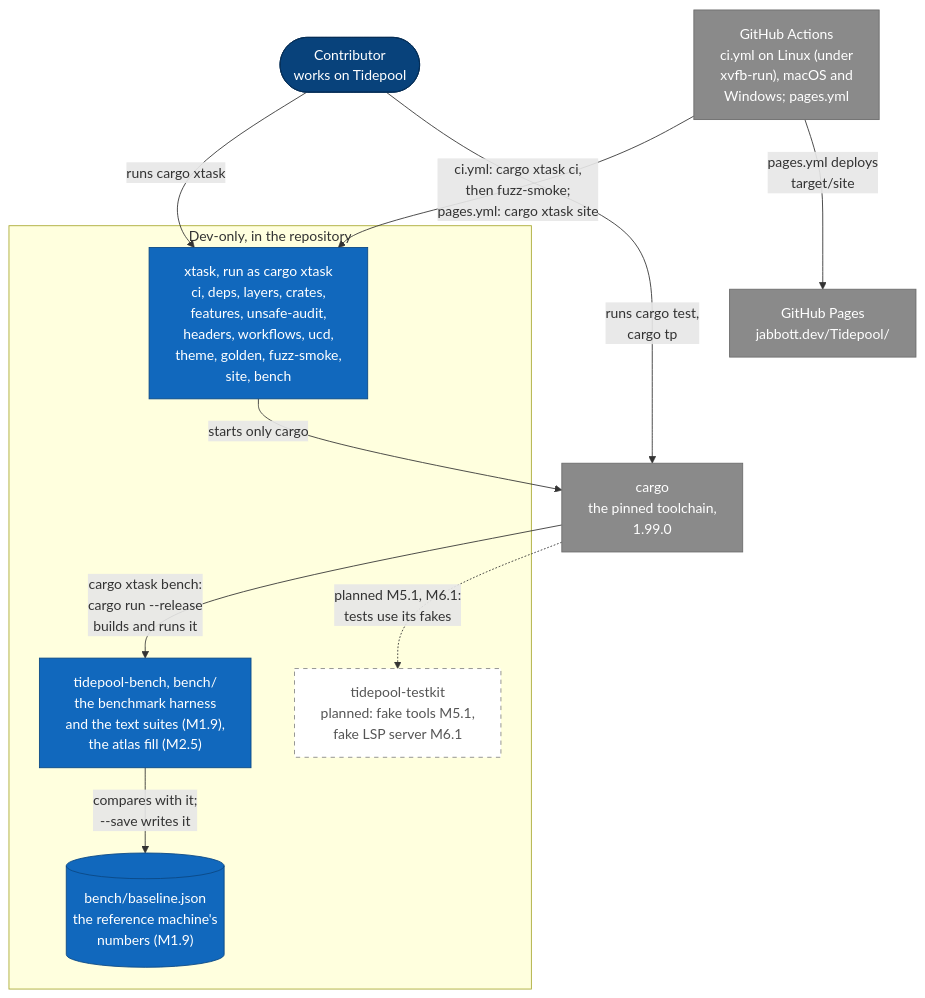
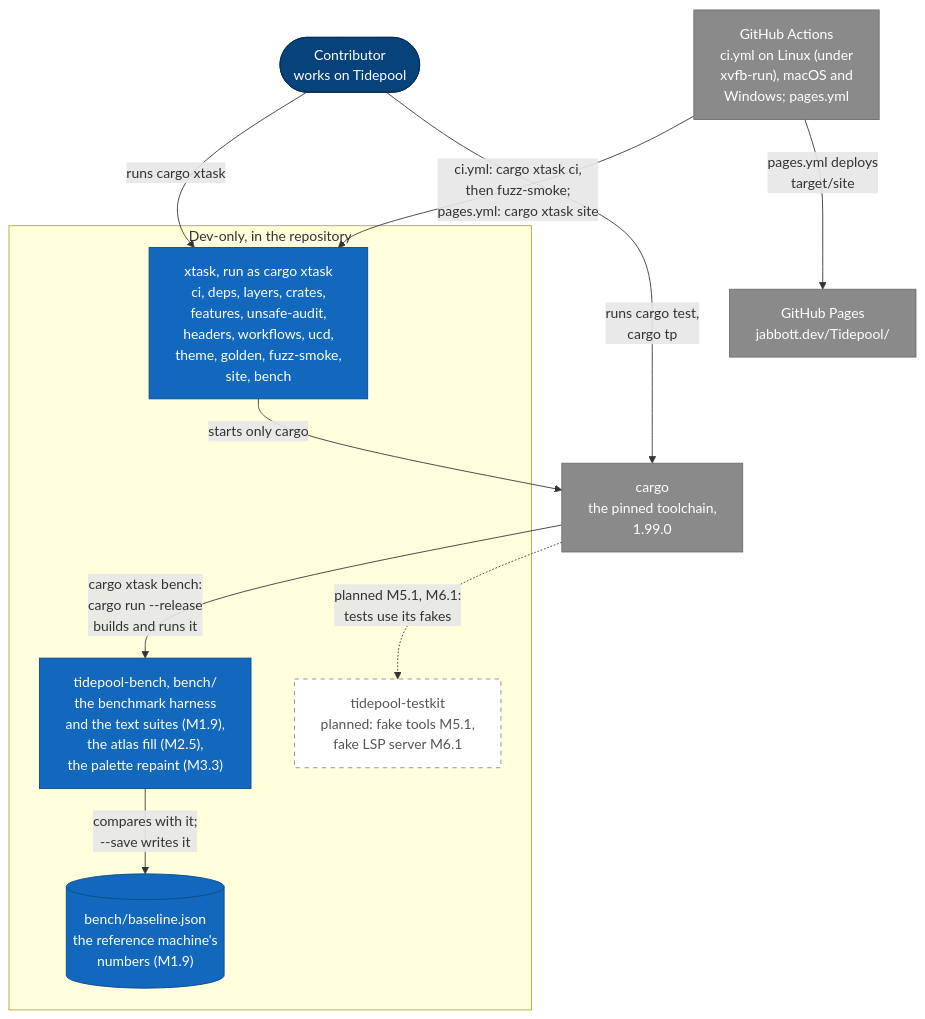
The fourth of 17 diagrams in diagrams/c4-architecture.md (jabbott-iii/Tidepool), drawn with Mermaid before and after one commit. The commit also changed other lines of this file and 62 other files, not shown here.

````diff
--- a/diagrams/c4-architecture.md
+++ b/diagrams/c4-architecture.md
@@ -196,34 +196,34 @@
 ```mermaid
 flowchart TB
     p_contrib(["Contributor<br/>works on Tidepool"])
     e_gha["GitHub Actions<br/>ci.yml on Linux (under<br/>xvfb-run), macOS and<br/>Windows; pages.yml"]
     e_cargo["cargo<br/>the pinned toolchain,<br/>1.99.0"]
     e_pages["GitHub Pages<br/>jabbott.dev/Tidepool/"]
 
     subgraph b_dev["Dev-only, in the repository"]
         c_xtask["xtask, run as cargo xtask<br/>ci, deps, layers, crates,<br/>features, unsafe-audit,<br/>headers, workflows, ucd,<br/>theme, golden, fuzz-smoke,<br/>site, bench"]
-        c_bench["tidepool-bench, bench/<br/>the benchmark harness<br/>and the text suites (M1.9),<br/>the atlas fill (M2.5)"]
+        c_bench["tidepool-bench, bench/<br/>the benchmark harness<br/>and the text suites (M1.9),<br/>the atlas fill (M2.5),<br/>the palette repaint (M3.3)"]
         c_testkit["tidepool-testkit<br/>planned: fake tools M5.1,<br/>fake LSP server M6.1"]
         s_baseline[("bench/baseline.json<br/>the reference machine's<br/>numbers (M1.9)")]
     end
 
     p_contrib -->|"runs cargo xtask"| c_xtask
     p_contrib -->|"runs cargo test,<br/>cargo tp"| e_cargo
     e_gha -->|"ci.yml: cargo xtask ci,<br/>then fuzz-smoke;<br/>pages.yml: cargo xtask site"| c_xtask
     e_gha -->|"pages.yml deploys<br/>target/site"| e_pages
     c_xtask -->|"starts only cargo"| e_cargo
     e_cargo -->|"cargo xtask bench:<br/>cargo run --release<br/>builds and runs it"| c_bench
     c_bench -->|"compares with it;<br/>--save writes it"| s_baseline
     e_cargo -.->|"planned M5.1, M6.1:<br/>tests use its fakes"| c_testkit
 
     classDef person fill:#08427b,stroke:#052e56,color:#ffffff
     classDef built fill:#1168bd,stroke:#0b4884,color:#ffffff
     classDef external fill:#8a8a8a,stroke:#6b6b6b,color:#ffffff
     classDef planned fill:#ffffff,stroke:#888888,stroke-dasharray: 5 5,color:#555555
     classDef store fill:#1168bd,stroke:#0b4884,color:#ffffff
     class p_contrib person
     class c_xtask,c_bench built
     class s_baseline store
     class c_testkit planned
     class e_gha,e_cargo,e_pages external
 ```
````
